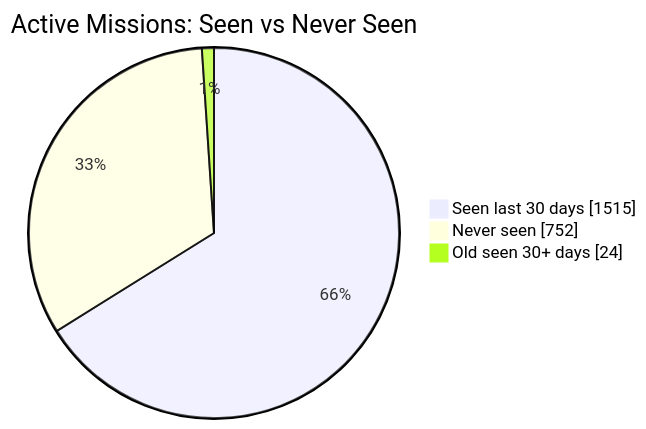
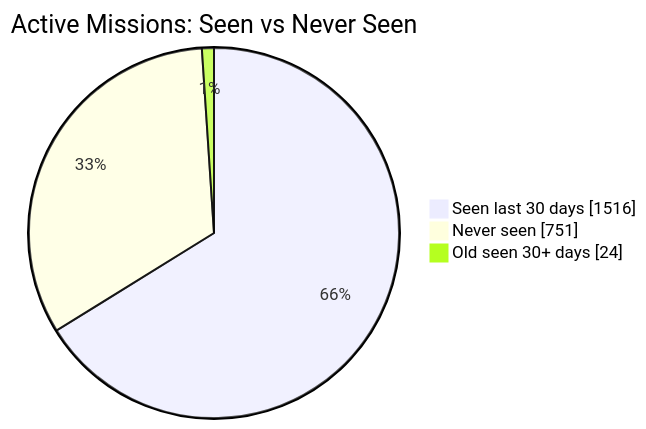
One commit to MeldkamerspelGameTeam/active-missions changed the first of 2 diagrams in README.md. Above: the diagram before and after it, drawn with Mermaid. The commit also changed other lines of this file and 3 other files, not shown here.

````diff
--- a/README.md
+++ b/README.md
@@ -34,7 +34,7 @@
 ```mermaid
 pie showData
     title Active Missions: Seen vs Never Seen
-    "Seen last 30 days" : 1515
-    "Never seen" : 752
+    "Seen last 30 days" : 1516
+    "Never seen" : 751
     "Old seen 30+ days" : 24
 ```
````
